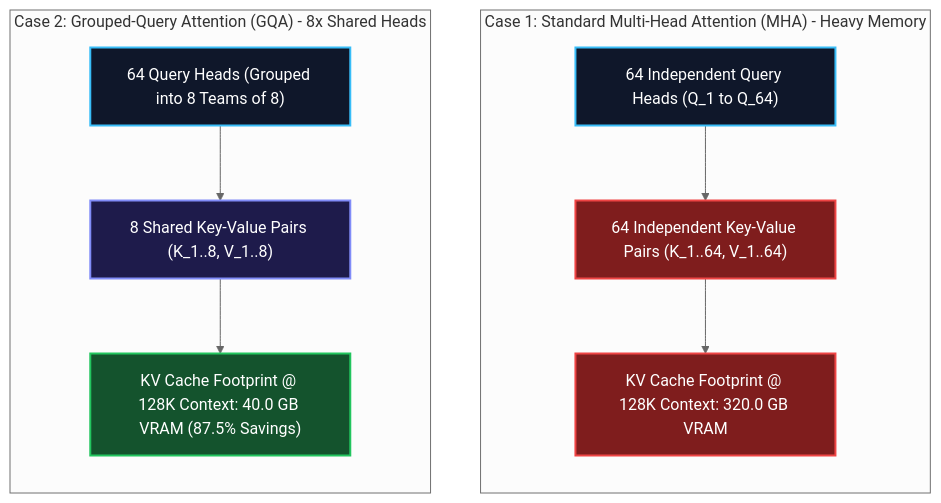
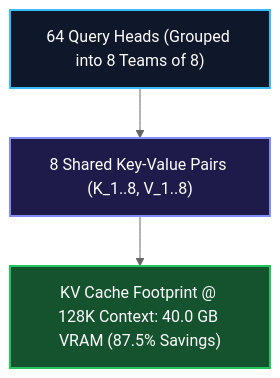
One commit to narenandu/narenvadapalli_dot_com changed the second of 3 diagrams in contents/blog/0077-attention-memory-bottleneck-mha-gqa-deepseek-mla/index.md. Above: the diagram before and after it, drawn with Mermaid (neutral theme). The commit also changed other lines of this file and 22 other files, not shown here.

Commit message:
fix(blog): resolve side-by-side Mermaid diagrams, KaTeX math formatting, and alert tags across all blogs

````diff
--- a/contents/blog/0077-attention-memory-bottleneck-mha-gqa-deepseek-mla/index.md
+++ b/contents/blog/0077-attention-memory-bottleneck-mha-gqa-deepseek-mla/index.md
@@ -56,30 +73,12 @@
 ```mermaid
 flowchart TD
-    direction TB
+    Q_GQA["64 Query Heads (Grouped into 8 Teams of 8)"]
+    KV_GQA["8 Shared Key-Value Pairs (K_1..8, V_1..8)"]
+    MEM_GQA["KV Cache Footprint @ 128K Context: 40.0 GB VRAM (87.5% Savings)"]
 
-    subgraph MHA_Layout ["Case 1: Standard Multi-Head Attention (MHA) - Heavy Memory"]
-        direction TB
-        Q_MHA["64 Independent Query Heads (Q_1 to Q_64)"]
-        KV_MHA["64 Independent Key-Value Pairs (K_1..64, V_1..64)"]
-        MEM_MHA["KV Cache Footprint @ 128K Context: 320.0 GB VRAM"]
-
-        Q_MHA --> KV_MHA --> MEM_MHA
-    end
-
-    subgraph GQA_Layout ["Case 2: Grouped-Query Attention (GQA) - 8x Shared Heads"]
-        direction TB
-        Q_GQA["64 Query Heads (Grouped into 8 Teams of 8)"]
-        KV_GQA["8 Shared Key-Value Pairs (K_1..8, V_1..8)"]
-        MEM_GQA["KV Cache Footprint @ 128K Context: 40.0 GB VRAM (87.5% Savings)"]
-
-        Q_GQA --> KV_GQA --> MEM_GQA
-    end
-
-    style Q_MHA fill:#0f172a,stroke:#38bdf8,stroke-width:2px,color:#ffffff
-    style KV_MHA fill:#7f1d1d,stroke:#ef4444,stroke-width:2px,color:#ffffff
-    style MEM_MHA fill:#7f1d1d,stroke:#ef4444,stroke-width:2px,color:#ffffff
+    Q_GQA --> KV_GQA --> MEM_GQA
 
     style Q_GQA fill:#0f172a,stroke:#38bdf8,stroke-width:2px,color:#ffffff
     style KV_GQA fill:#1e1b4b,stroke:#818cf8,stroke-width:2px,color:#ffffff
     style MEM_GQA fill:#14532d,stroke:#22c55e,stroke-width:2px,color:#ffffff
 ```
````
